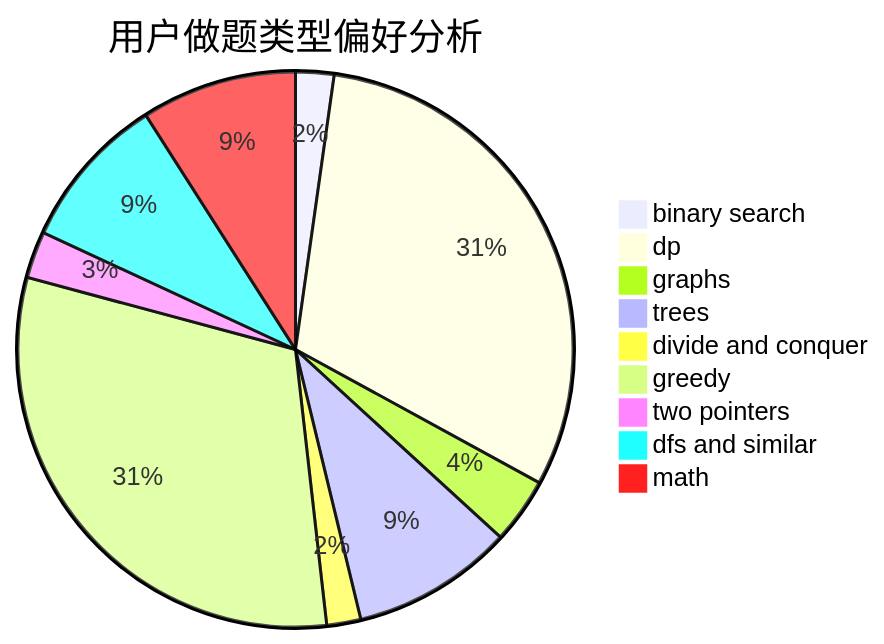
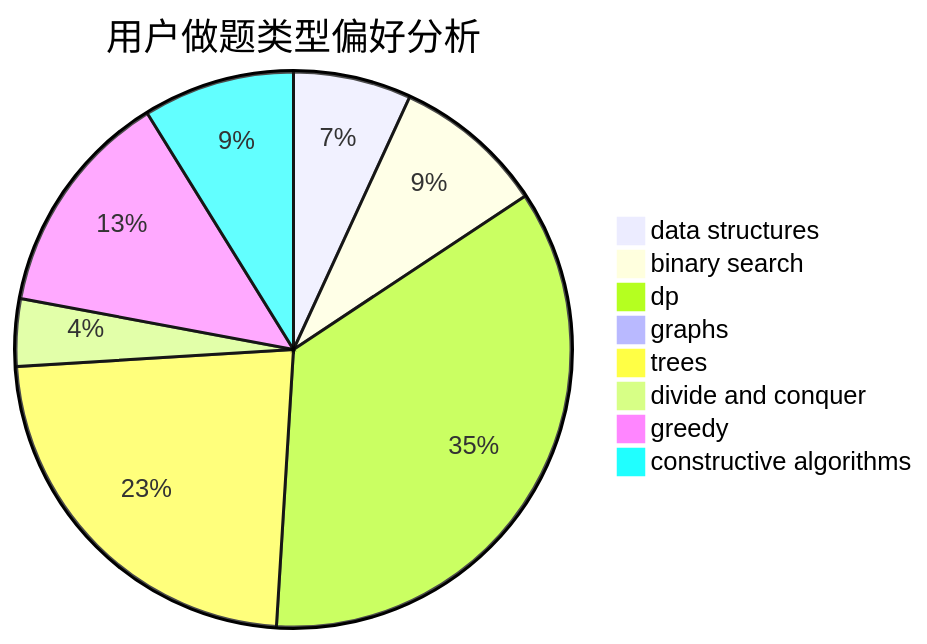
Before and after one commit to sherpahu/cfrs.github.io: the second of 3 diagrams in docs/user/u2716.md, drawn with Mermaid. The commit also changed other lines of this file and 2775 other files, not shown here.

````diff
--- a/docs/user/u2716.md
+++ b/docs/user/u2716.md
@@ -23,12 +23,11 @@
 ```mermaid
 pie title 用户做题类型偏好分析
+    "data structures" :  14
     "binary search" :  18
-    "dp" :  248
-    "graphs" :  31
-    "trees" :  76
-    "divide and conquer" :  16
-    "greedy" :  250
-    "two pointers" :  22
-    "dfs and similar" :  73
-    "math" :  73
+    "dp" :  72
+    "graphs" :  2
+    "trees" :  47
+    "divide and conquer" :  8
+    "greedy" :  27
+    "constructive algorithms" :  18
 ```
````
